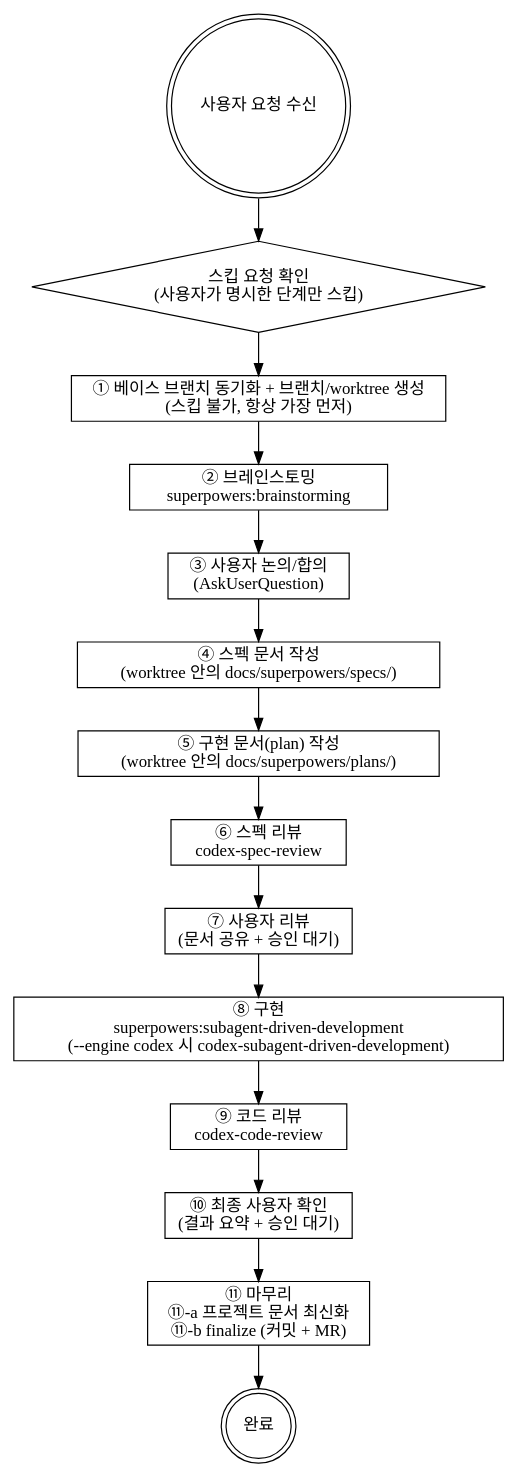
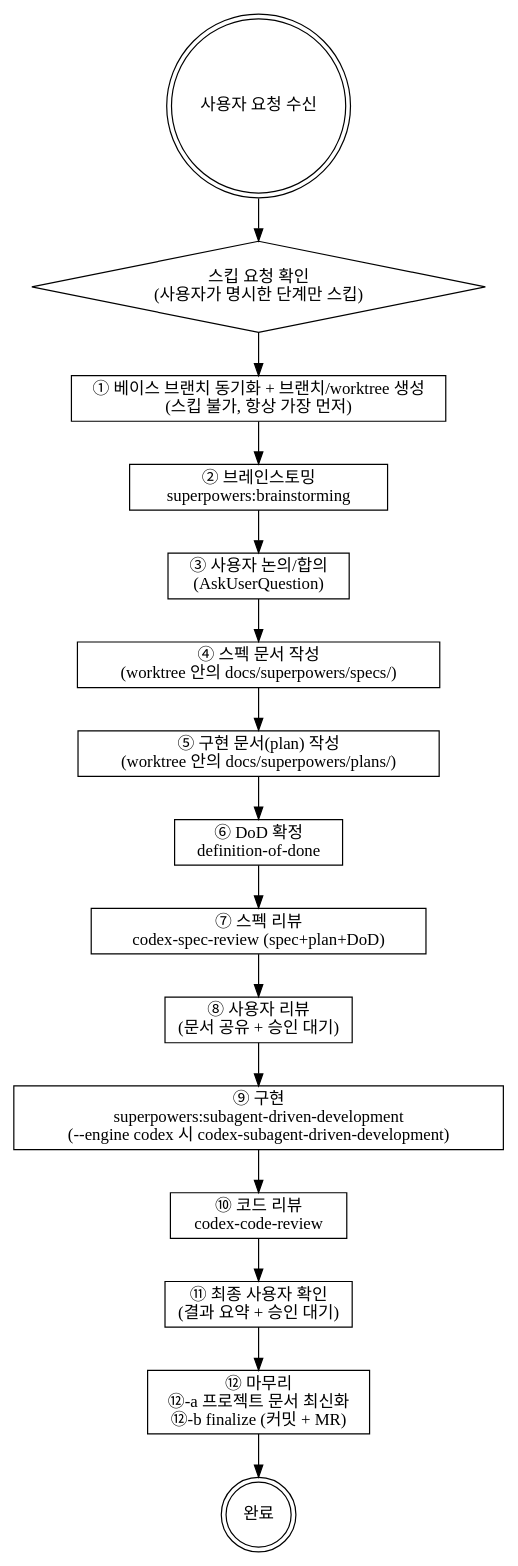
One commit to geonyeop123/claude-toolkit changed the diagram in plugins/dev-workflow/skills/feature-workflow/SKILL.md. Above: the diagram before and after it, drawn with Graphviz. The commit also changed other lines of this file, not shown here.

````diff
--- a/plugins/dev-workflow/skills/feature-workflow/SKILL.md
+++ b/plugins/dev-workflow/skills/feature-workflow/SKILL.md
@@ -17,36 +17,38 @@
 ```dot
 digraph feature_workflow {
     rankdir=TB;
     node [shape=box];
 
     start [label="사용자 요청 수신" shape=doublecircle];
     skip [label="스킵 요청 확인\n(사용자가 명시한 단계만 스킵)" shape=diamond];
 
     s1 [label="① 베이스 브랜치 동기화 + 브랜치/worktree 생성\n(스킵 불가, 항상 가장 먼저)"];
     s2 [label="② 브레인스토밍\nsuperpowers:brainstorming"];
     s3 [label="③ 사용자 논의/합의\n(AskUserQuestion)"];
     s4 [label="④ 스펙 문서 작성\n(worktree 안의 docs/superpowers/specs/)"];
     s5 [label="⑤ 구현 문서(plan) 작성\n(worktree 안의 docs/superpowers/plans/)"];
-    s6 [label="⑥ 스펙 리뷰\ncodex-spec-review"];
-    s7 [label="⑦ 사용자 리뷰\n(문서 공유 + 승인 대기)"];
-    s8 [label="⑧ 구현\nsuperpowers:subagent-driven-development\n(--engine codex 시 codex-subagent-driven-development)"];
-    s9 [label="⑨ 코드 리뷰\ncodex-code-review"];
-    s10 [label="⑩ 최종 사용자 확인\n(결과 요약 + 승인 대기)"];
-    s11 [label="⑪ 마무리\n⑪-a 프로젝트 문서 최신화\n⑪-b finalize (커밋 + MR)"];
+    s6 [label="⑥ DoD 확정\ndefinition-of-done"];
+    s7 [label="⑦ 스펙 리뷰\ncodex-spec-review (spec+plan+DoD)"];
+    s8 [label="⑧ 사용자 리뷰\n(문서 공유 + 승인 대기)"];
+    s9 [label="⑨ 구현\nsuperpowers:subagent-driven-development\n(--engine codex 시 codex-subagent-driven-development)"];
+    s10 [label="⑩ 코드 리뷰\ncodex-code-review"];
+    s11 [label="⑪ 최종 사용자 확인\n(결과 요약 + 승인 대기)"];
+    s12 [label="⑫ 마무리\n⑫-a 프로젝트 문서 최신화\n⑫-b finalize (커밋 + MR)"];
     done [label="완료" shape=doublecircle];
 
     start -> skip;
     skip -> s1;
     s1 -> s2;
     s2 -> s3;
     s3 -> s4;
     s4 -> s5;
     s5 -> s6;
     s6 -> s7;
     s7 -> s8;
     s8 -> s9;
     s9 -> s10;
     s10 -> s11;
-    s11 -> done;
+    s11 -> s12;
+    s12 -> done;
 }
 ```
````
